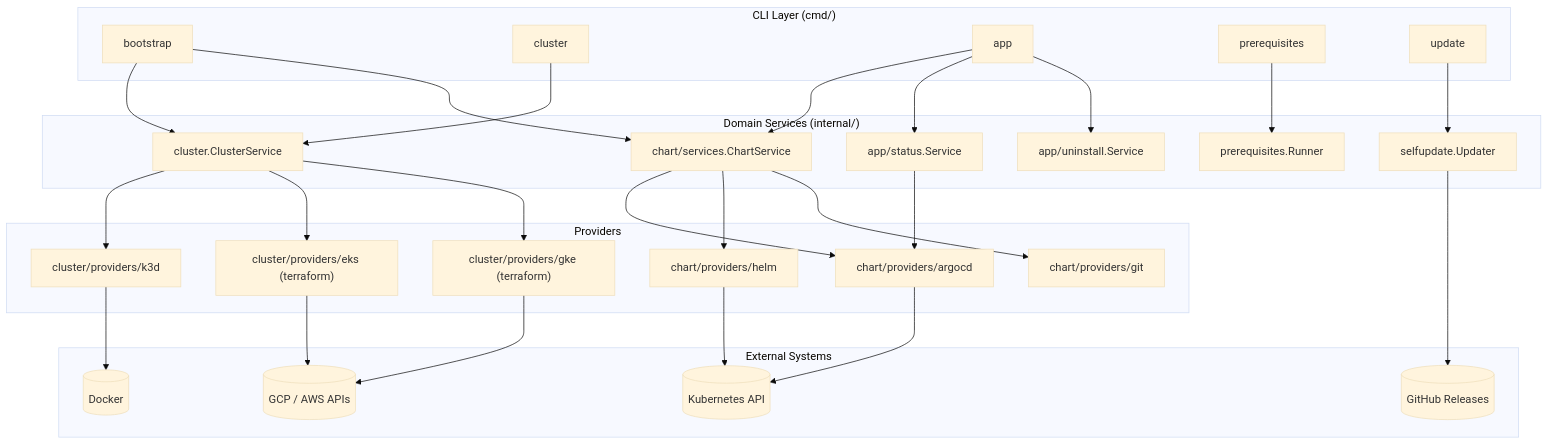
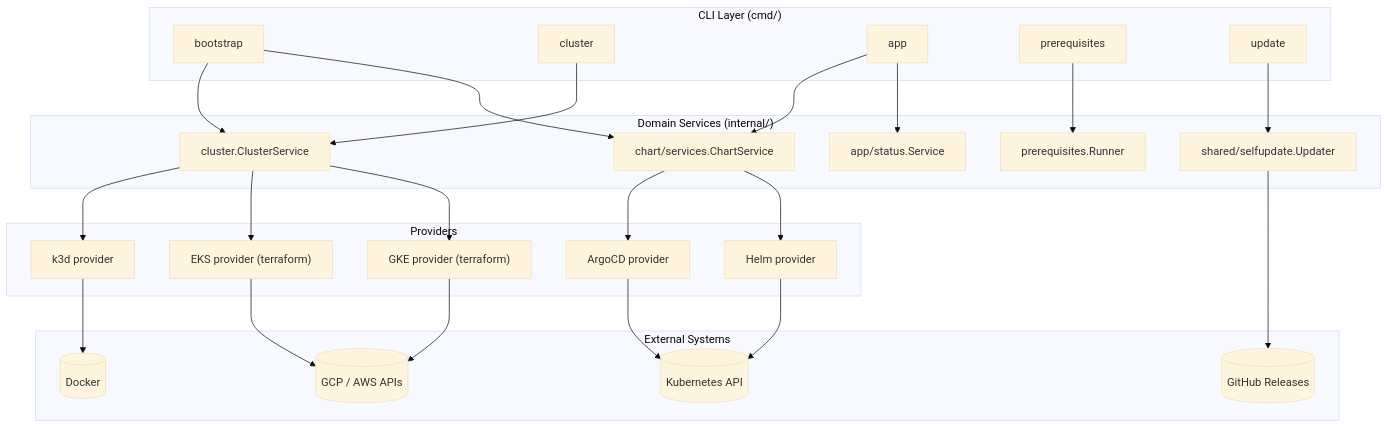
One commit to flamingo-stack/openframe-cli changed the diagram in docs/diagrams/architecture/architecture-diagram.mmd. Above: the diagram before and after it, drawn with Mermaid (base theme). The commit also changed 27 other files, not shown here.

```diff
--- a/docs/diagrams/architecture/architecture-diagram.mmd
+++ b/docs/diagrams/architecture/architecture-diagram.mmd
@@ -1,57 +1,52 @@
 graph TB
-    subgraph "CLI Layer (cmd/)"
+    subgraph cliLayer["CLI Layer (cmd/)"]
         Bootstrap[bootstrap]
         Cluster[cluster]
         App[app]
         Prereq[prerequisites]
         Update[update]
     end
 
-    subgraph "Domain Services (internal/)"
+    subgraph domainLayer["Domain Services (internal/)"]
         ClusterSvc["cluster.ClusterService"]
         ChartSvc["chart/services.ChartService"]
         AppStatus["app/status.Service"]
-        AppUninstall["app/uninstall.Service"]
         PrereqFw["prerequisites.Runner"]
-        SelfUpdate["selfupdate.Updater"]
+        SelfUpdate["shared/selfupdate.Updater"]
     end
 
-    subgraph "Providers"
-        K3d["cluster/providers/k3d"]
-        EKS["cluster/providers/eks (terraform)"]
-        GKE["cluster/providers/gke (terraform)"]
-        ArgoCD["chart/providers/argocd"]
-        Helm["chart/providers/helm"]
-        Git["chart/providers/git"]
+    subgraph providerLayer["Providers"]
+        K3d["k3d provider"]
+        EKS["EKS provider (terraform)"]
+        GKE["GKE provider (terraform)"]
+        ArgoCD["ArgoCD provider"]
+        Helm["Helm provider"]
     end
 
-    subgraph "External Systems"
-        Docker[(Docker)]
-        K8sAPI[(Kubernetes API)]
-        CloudAPI[(GCP / AWS APIs)]
-        GitHub[(GitHub Releases)]
+    subgraph externalLayer["External Systems"]
+        Docker[("Docker")]
+        K8sAPI[("Kubernetes API")]
+        CloudAPI[("GCP / AWS APIs")]
+        GitHubRel[("GitHub Releases")]
     end
 
     Bootstrap --> ClusterSvc
     Bootstrap --> ChartSvc
     Cluster --> ClusterSvc
     App --> ChartSvc
     App --> AppStatus
-    App --> AppUninstall
     Prereq --> PrereqFw
     Update --> SelfUpdate
 
     ClusterSvc --> K3d
     ClusterSvc --> EKS
     ClusterSvc --> GKE
     ChartSvc --> ArgoCD
     ChartSvc --> Helm
-    ChartSvc --> Git
-    AppStatus --> ArgoCD
 
     K3d --> Docker
     EKS --> CloudAPI
     GKE --> CloudAPI
     ArgoCD --> K8sAPI
     Helm --> K8sAPI
-    SelfUpdate --> GitHub
+    SelfUpdate --> GitHubRel
```
